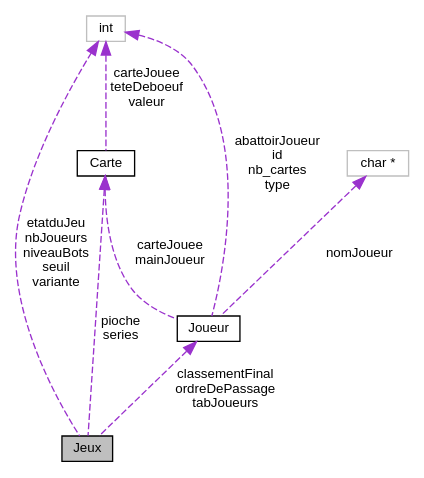
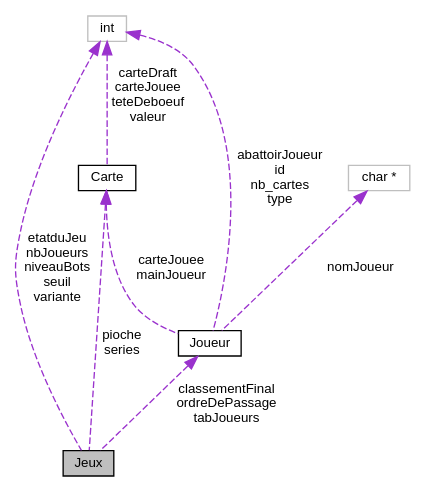
One commit to nehkowp/html changed the diagram in struct_jeux__coll__graph.dot. Above: the diagram before and after it, drawn with Graphviz. The commit also changed 203 other files, not shown here.

```diff
--- a/struct_jeux__coll__graph.dot
+++ b/struct_jeux__coll__graph.dot
@@ -1,19 +1,19 @@
 digraph "Jeux"
 {
  // INTERACTIVE_SVG=YES
  // LATEX_PDF_SIZE
   edge [fontname="Helvetica",fontsize="10",labelfontname="Helvetica",labelfontsize="10"];
   node [fontname="Helvetica",fontsize="10",shape=record];
-  Node1 [label="Jeux",height=0.2,width=0.4,color="black", fillcolor="grey75", style="filled", fontcolor="black",tooltip=" "];
+  Node1 [label="Jeux",height=0.2,width=0.4,color="black", fillcolor="grey75", style="filled", fontcolor="black",tooltip="Cette structure contient toutes les données du jeu."];
   Node2 -> Node1 [dir="back",color="darkorchid3",fontsize="10",style="dashed",label=" pioche\nseries" ,fontname="Helvetica"];
-  Node2 [label="Carte",height=0.2,width=0.4,color="black", fillcolor="white", style="filled",URL="$struct_carte.html",tooltip=" "];
-  Node3 -> Node2 [dir="back",color="darkorchid3",fontsize="10",style="dashed",label=" carteJouee\nteteDeboeuf\nvaleur" ,fontname="Helvetica"];
+  Node2 [label="Carte",height=0.2,width=0.4,color="black", fillcolor="white", style="filled",URL="$struct_carte.html",tooltip="Cette structure contient toutes les données d'une carte."];
+  Node3 -> Node2 [dir="back",color="darkorchid3",fontsize="10",style="dashed",label=" carteDraft\ncarteJouee\nteteDeboeuf\nvaleur" ,fontname="Helvetica"];
   Node3 [label="int",height=0.2,width=0.4,color="grey75", fillcolor="white", style="filled",tooltip=" "];
   Node4 -> Node1 [dir="back",color="darkorchid3",fontsize="10",style="dashed",label=" classementFinal\nordreDePassage\ntabJoueurs" ,fontname="Helvetica"];
-  Node4 [label="Joueur",height=0.2,width=0.4,color="black", fillcolor="white", style="filled",URL="$struct_joueur.html",tooltip=" "];
+  Node4 [label="Joueur",height=0.2,width=0.4,color="black", fillcolor="white", style="filled",URL="$struct_joueur.html",tooltip="Cette structure contient toutes les données d'un joueur."];
   Node2 -> Node4 [dir="back",color="darkorchid3",fontsize="10",style="dashed",label=" carteJouee\nmainJoueur" ,fontname="Helvetica"];
   Node3 -> Node4 [dir="back",color="darkorchid3",fontsize="10",style="dashed",label=" abattoirJoueur\nid\nnb_cartes\ntype" ,fontname="Helvetica"];
   Node5 -> Node4 [dir="back",color="darkorchid3",fontsize="10",style="dashed",label=" nomJoueur" ,fontname="Helvetica"];
   Node5 [label="char *",height=0.2,width=0.4,color="grey75", fillcolor="white", style="filled",tooltip=" "];
   Node3 -> Node1 [dir="back",color="darkorchid3",fontsize="10",style="dashed",label=" etatduJeu\nnbJoueurs\nniveauBots\nseuil\nvariante" ,fontname="Helvetica"];
 }
```
